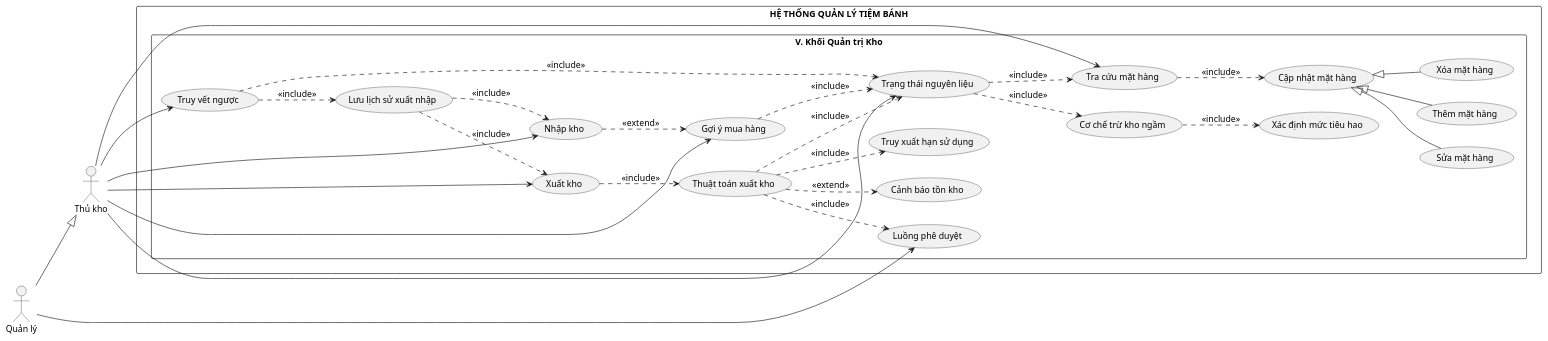
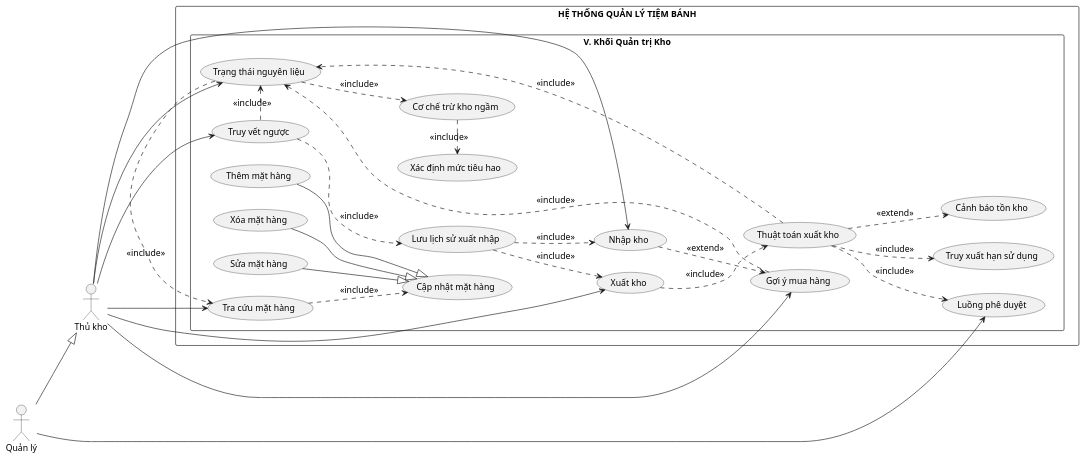
Before and after one commit to lancelotviendangkhoa710/IS-System-Development: the diagram in usecase/Package5_Inventory.plantuml, drawn with PlantUML. The commit also changed 5 other files, not shown here.

```diff
--- a/usecase/Package5_Inventory.plantuml
+++ b/usecase/Package5_Inventory.plantuml
@@ -1,63 +1,63 @@
 @startuml Package5_Inventory
 left to right direction
 skinparam packageStyle rectangle
 skinparam DefaultFontSize 14
 
 actor "Thủ kho" as Stocker
 actor "Quản lý" as Manager
 
 Manager --|> Stocker
 
 rectangle "HỆ THỐNG QUẢN LÝ TIỆM BÁNH" {
     package "V. Khối Quản trị Kho" {
         usecase "Tra cứu mặt hàng" as UC_SearchStock
         usecase "Cập nhật mặt hàng" as UC_UdtStock
         usecase "Sửa mặt hàng" as UC_EditStock
         usecase "Thêm mặt hàng" as UC_AddStock
         usecase "Xóa mặt hàng" as UC_DelStock
         usecase "Cơ chế trừ kho ngầm" as UC_AutoDecrease
         usecase "Xác định mức tiêu hao" as UC_Used
         usecase "Trạng thái nguyên liệu" as UC_MaterialStatus
         usecase "Xuất kho" as UC_Export
         usecase "Thuật toán xuất kho" as UC_Release
         usecase "Truy xuất hạn sử dụng" as UC_DueDate
         usecase "Cảnh báo tồn kho" as UC_StockAlert
         usecase "Gợi ý mua hàng" as UC_BuyItem
         usecase "Luồng phê duyệt" as UC_Pending
         usecase "Nhập kho" as UC_Import
         usecase "Truy vết ngược" as UC_Traceability
         usecase "Lưu lịch sử xuất nhập" as UC_LogisticsHistory
 
         UC_SearchStock ..> UC_UdtStock : <<include>>
-        UC_UdtStock <|-- UC_AddStock
-        UC_UdtStock <|-- UC_EditStock
-        UC_UdtStock <|-- UC_DelStock
-        UC_AutoDecrease ..> UC_Used : <<include>>
-        UC_MaterialStatus ..> UC_SearchStock : <<include>>
+        UC_UdtStock <|-up- UC_AddStock
+        UC_UdtStock <|-up- UC_EditStock
+        UC_UdtStock <|-up- UC_DelStock
+        UC_AutoDecrease .left.> UC_Used : <<include>>
+        UC_MaterialStatus .right.> UC_SearchStock : <<include>>
         UC_MaterialStatus ..> UC_AutoDecrease : <<include>>
         UC_BuyItem ..> UC_MaterialStatus : <<include>>
 
         UC_Export ..> UC_Release : <<include>>
         UC_Release ..> UC_DueDate : <<include>>
         UC_Release ..> UC_MaterialStatus : <<include>>
         UC_Release ..> UC_StockAlert : <<extend>>
         UC_Release ..> UC_Pending : <<include>>
 
         UC_Import ..> UC_BuyItem : <<extend>>
 
-        UC_Traceability ..> UC_MaterialStatus : <<include>>
+        UC_Traceability .left.> UC_MaterialStatus : <<include>>
         UC_Traceability ..> UC_LogisticsHistory : <<include>>
         UC_LogisticsHistory ..> UC_Import : <<include>>
         UC_LogisticsHistory ..> UC_Export : <<include>>
     }
 }
 
 Stocker --> UC_SearchStock
 Stocker --> UC_MaterialStatus
 Stocker --> UC_Import
 Stocker --> UC_Export
 Stocker --> UC_BuyItem
 Stocker --> UC_Traceability
 
 Manager --> UC_Pending
 @enduml
```
